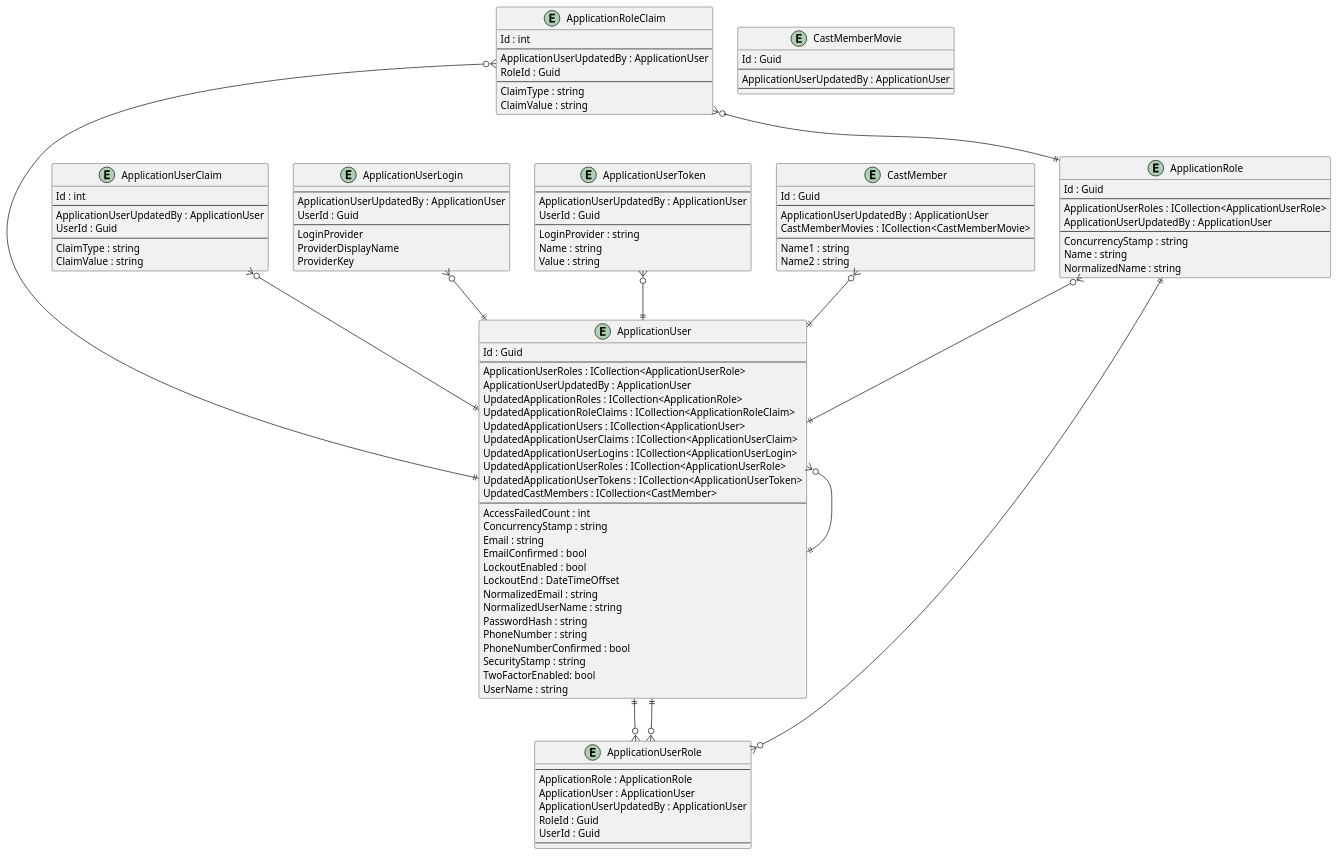
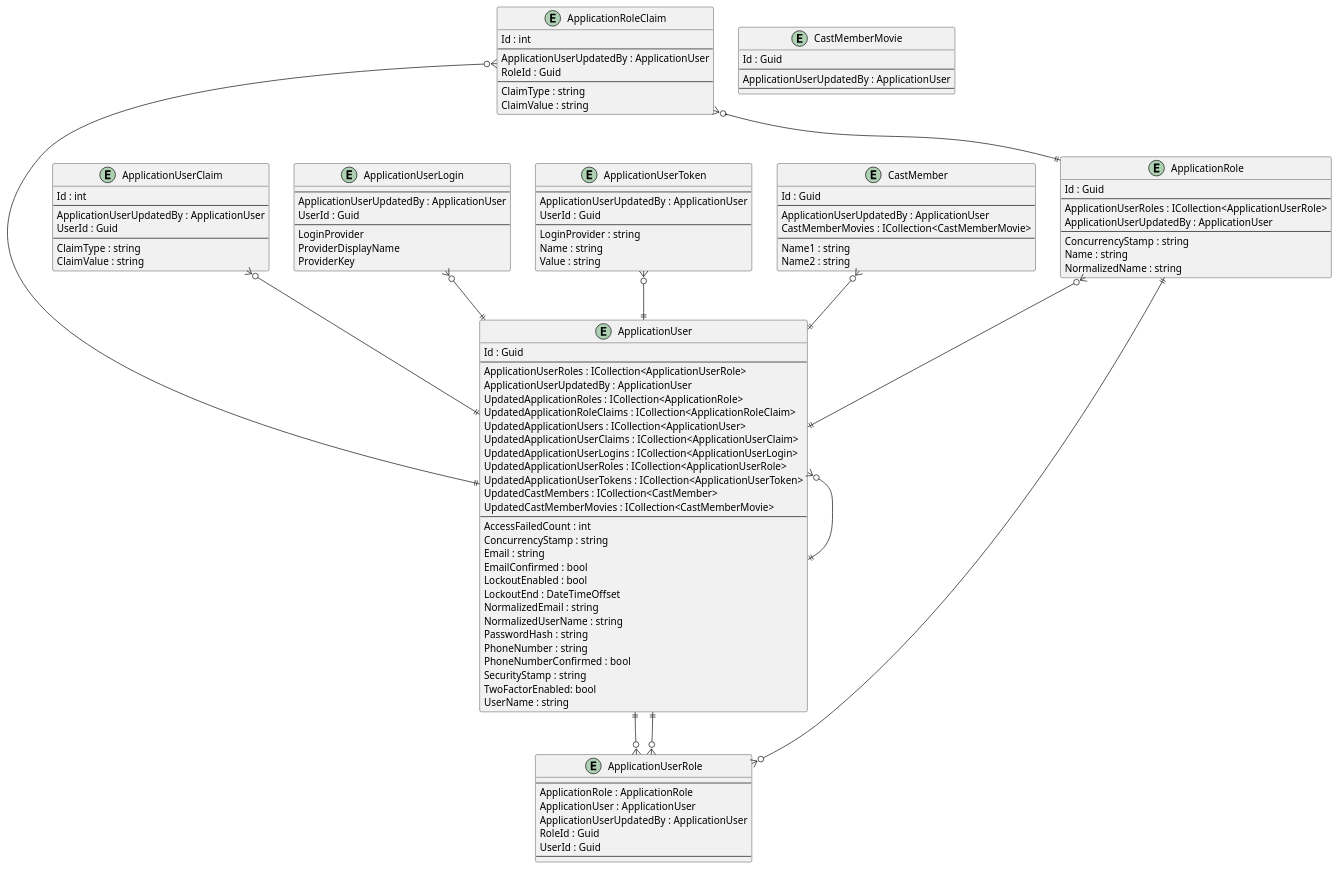
The diagram in .docs/BlazorWebAppMovies.pu (intrepion/BlazorWebAppMovies), drawn with PlantUML before and after one commit.

```diff
--- a/.docs/BlazorWebAppMovies.pu
+++ b/.docs/BlazorWebAppMovies.pu
@@ -1,132 +1,133 @@
 @startuml
 
 entity ApplicationRole {
     Id : Guid
     --
     ApplicationUserRoles : ICollection<ApplicationUserRole>
     ApplicationUserUpdatedBy : ApplicationUser
     --
     ConcurrencyStamp : string
     Name : string
     NormalizedName : string
 }
 
 entity ApplicationRoleClaim {
     Id : int
     --
     ApplicationUserUpdatedBy : ApplicationUser
     RoleId : Guid
     --
     ClaimType : string
     ClaimValue : string
 }
 
 entity ApplicationUser {
     Id : Guid
     --
     ApplicationUserRoles : ICollection<ApplicationUserRole>
     ApplicationUserUpdatedBy : ApplicationUser
     UpdatedApplicationRoles : ICollection<ApplicationRole>
     UpdatedApplicationRoleClaims : ICollection<ApplicationRoleClaim>
     UpdatedApplicationUsers : ICollection<ApplicationUser>
     UpdatedApplicationUserClaims : ICollection<ApplicationUserClaim>
     UpdatedApplicationUserLogins : ICollection<ApplicationUserLogin>
     UpdatedApplicationUserRoles : ICollection<ApplicationUserRole>
     UpdatedApplicationUserTokens : ICollection<ApplicationUserToken>
     UpdatedCastMembers : ICollection<CastMember>
+    UpdatedCastMemberMovies : ICollection<CastMemberMovie>
     ' ApplicationUserKeyCodePlaceholder
     --
     AccessFailedCount : int
     ConcurrencyStamp : string
     Email : string
     EmailConfirmed : bool
     LockoutEnabled : bool
     LockoutEnd : DateTimeOffset
     NormalizedEmail : string
     NormalizedUserName : string
     PasswordHash : string
     PhoneNumber : string
     PhoneNumberConfirmed : bool
     SecurityStamp : string
     TwoFactorEnabled: bool
     UserName : string
 }
 
 entity ApplicationUserClaim {
     Id : int
     --
     ApplicationUserUpdatedBy : ApplicationUser
     UserId : Guid
     --
     ClaimType : string
     ClaimValue : string
 }
 
 entity ApplicationUserLogin {
     --
     ApplicationUserUpdatedBy : ApplicationUser
     UserId : Guid
     --
     LoginProvider
     ProviderDisplayName
     ProviderKey
 }
 
 entity ApplicationUserRole {
     --
     ApplicationRole : ApplicationRole
     ApplicationUser : ApplicationUser
     ApplicationUserUpdatedBy : ApplicationUser
     RoleId : Guid
     UserId : Guid
     --
 }
 
 entity ApplicationUserToken {
     --
     ApplicationUserUpdatedBy : ApplicationUser
     UserId : Guid
     --
     LoginProvider : string
     Name : string
     Value : string
 }
 
 entity CastMember {
     Id : Guid
     --
     ApplicationUserUpdatedBy : ApplicationUser
     CastMemberMovies : ICollection<CastMemberMovie>
     ' CastMemberKeyCodePlaceholder
     --
     Name1 : string
     Name2 : string
     ' CastMemberPropertyCodePlaceholder
 }
 
 entity CastMemberMovie {
     Id : Guid
     --
     ApplicationUserUpdatedBy : ApplicationUser
     ' CastMemberMovieKeyCodePlaceholder
     --
     ' CastMemberMoviePropertyCodePlaceholder
 }
 
 ' EntityCodePlaceholder
 
 ApplicationRole ||--o{ ApplicationUserRole
 ApplicationRole }o--|| ApplicationUser
 ApplicationRoleClaim }o--|| ApplicationRole
 ApplicationRoleClaim }o--|| ApplicationUser
 ApplicationUser }o--|| ApplicationUser
 ApplicationUser ||--o{ ApplicationUserRole
 ApplicationUserClaim }o--|| ApplicationUser
 ApplicationUserLogin }o--|| ApplicationUser
 ApplicationUserRole }o--|| ApplicationUser
 ApplicationUserToken }o--|| ApplicationUser
 
 CastMember }o--|| ApplicationUser
 ' RelationshipCodePlaceholder
 
 @enduml
```
